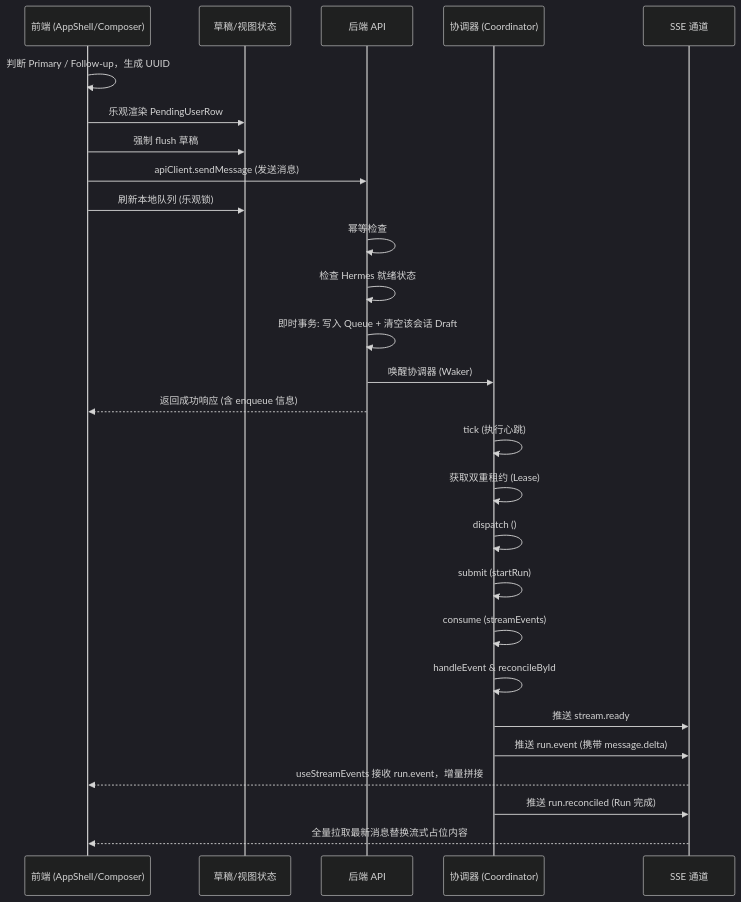
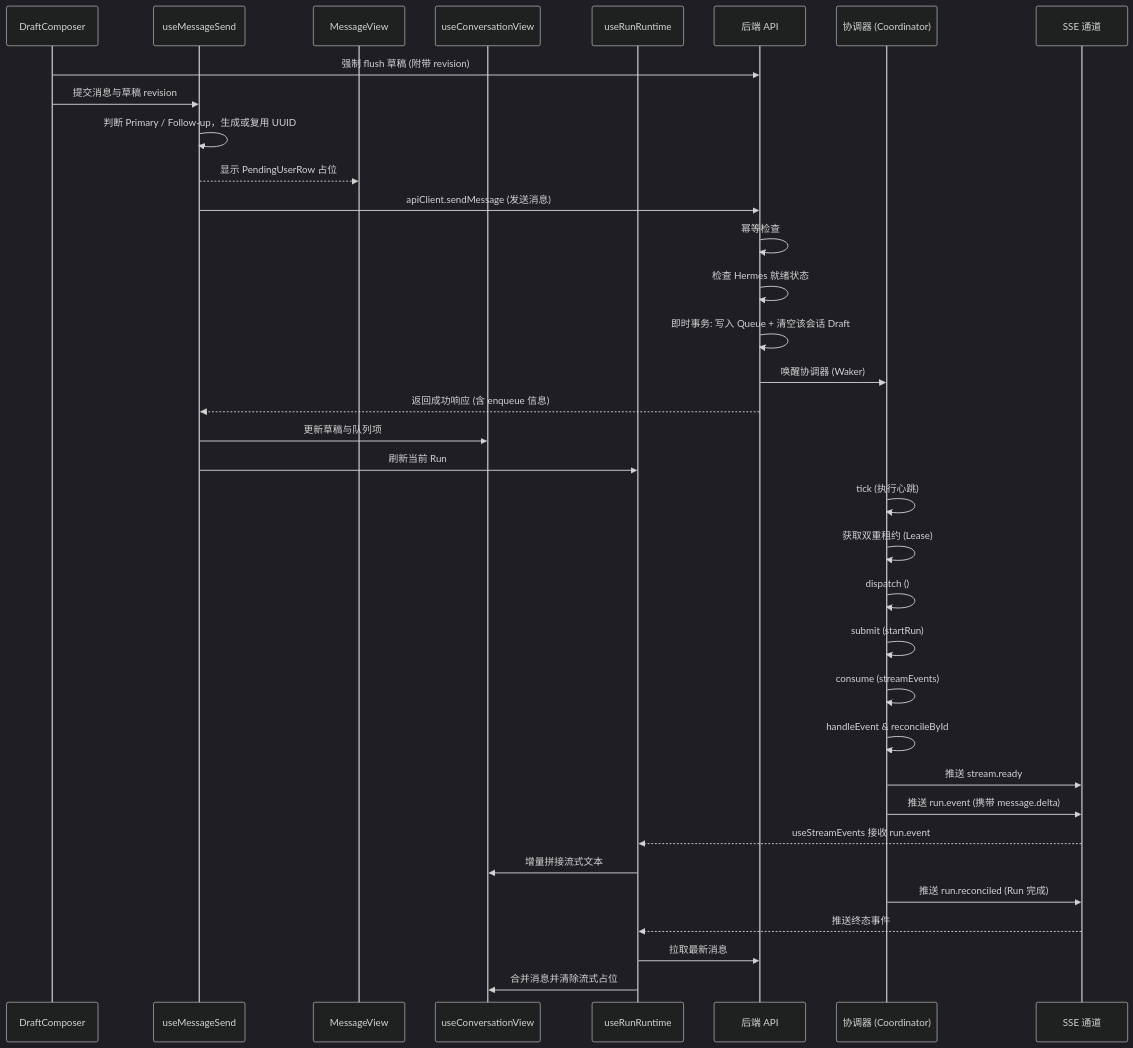
One commit to ermu03/emu-chat changed the first of 7 diagrams in docs/07-data-flow.md. Above: the diagram before and after it, drawn with Mermaid (dark theme). The commit also changed other lines of this file and 11 other files, not shown here.

Commit message:
refactor(client): split AppShell state and effects into hooks.

````diff
--- a/docs/07-data-flow.md
+++ b/docs/07-data-flow.md
@@ -9,33 +9,41 @@
 ```mermaid
 sequenceDiagram
-    participant UI as 前端 (AppShell/Composer)
-    participant Draft as 草稿/视图状态
+    participant Composer as DraftComposer
+    participant Send as useMessageSend
+    participant Messages as MessageView
+    participant View as useConversationView
+    participant Runtime as useRunRuntime
     participant API as 后端 API
     participant Coord as 协调器 (Coordinator)
     participant SSE as SSE 通道
 
-    UI->>UI: 判断 Primary / Follow-up，生成 UUID
-    UI->>Draft: 乐观渲染 PendingUserRow
-    UI->>Draft: 强制 flush 草稿
-    UI->>API: apiClient.sendMessage (发送消息)
-    UI->>Draft: 刷新本地队列 (乐观锁)
+    Composer->>API: 强制 flush 草稿 (附带 revision)
+    Composer->>Send: 提交消息与草稿 revision
+    Send->>Send: 判断 Primary / Follow-up，生成或复用 UUID
+    Send-->>Messages: 显示 PendingUserRow 占位
+    Send->>API: apiClient.sendMessage (发送消息)
     
     API->>API: 幂等检查
     API->>API: 检查 Hermes 就绪状态
     API->>API: 即时事务: 写入 Queue + 清空该会话 Draft
     API->>Coord: 唤醒协调器 (Waker)
-    API-->>UI: 返回成功响应 (含 enqueue 信息)
+    API-->>Send: 返回成功响应 (含 enqueue 信息)
+    Send->>View: 更新草稿与队列项
+    Send->>Runtime: 刷新当前 Run
 
     Coord->>Coord: tick (执行心跳)
     Coord->>Coord: 获取双重租约 (Lease)
     Coord->>Coord: dispatch ()
     Coord->>Coord: submit (startRun)
     Coord->>Coord: consume (streamEvents)
     Coord->>Coord: handleEvent & reconcileById
 
     Coord->>SSE: 推送 stream.ready
     Coord->>SSE: 推送 run.event (携带 message.delta)
-    SSE-->>UI: useStreamEvents 接收 run.event，增量拼接
+    SSE-->>Runtime: useStreamEvents 接收 run.event
+    Runtime->>View: 增量拼接流式文本
     Coord->>SSE: 推送 run.reconciled (Run 完成)
-    SSE-->>UI: 全量拉取最新消息替换流式占位内容
+    SSE-->>Runtime: 推送终态事件
+    Runtime->>API: 拉取最新消息
+    Runtime->>View: 合并消息并清除流式占位
 ```
````
